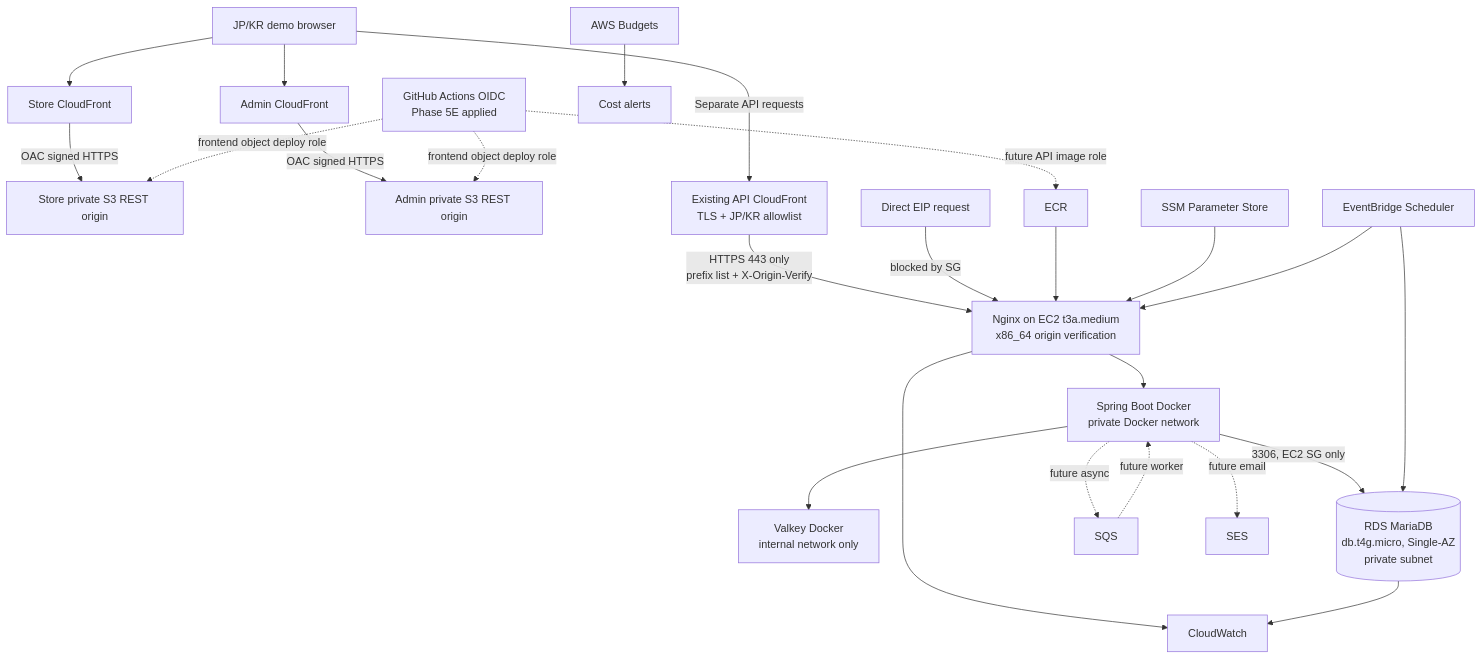
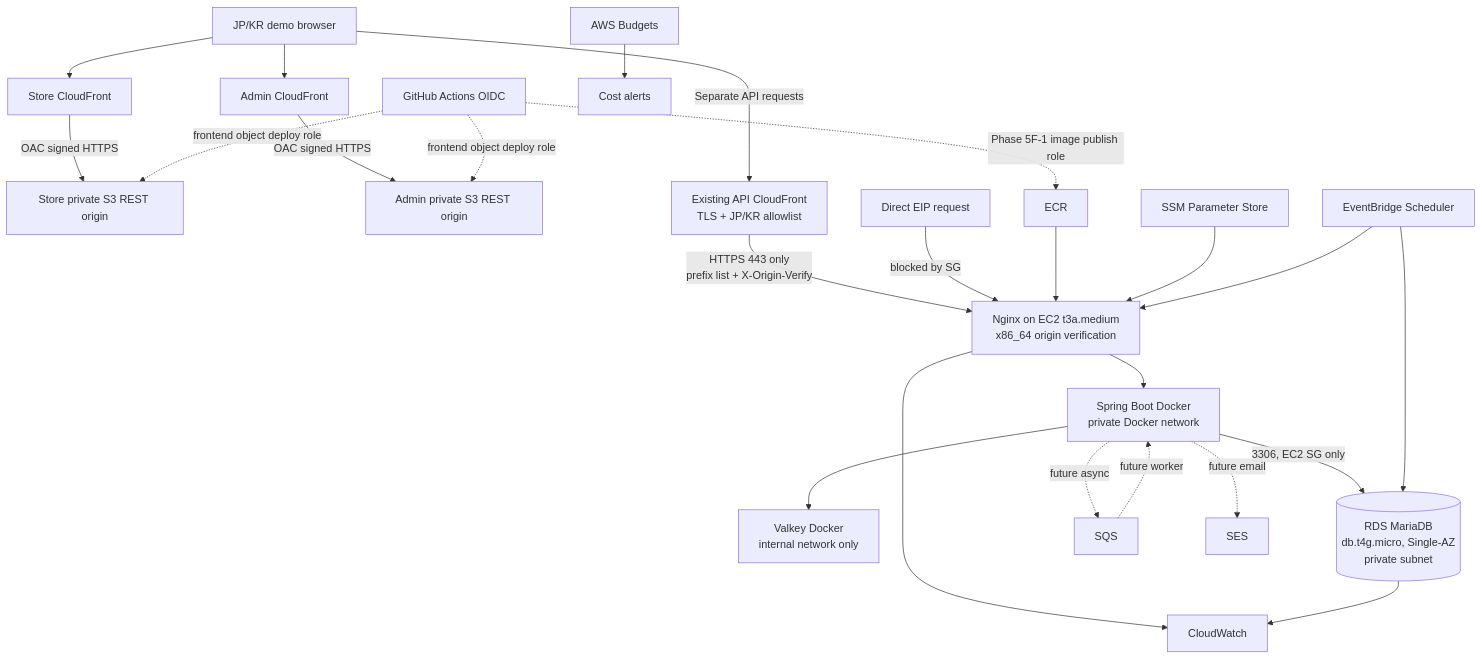
Before and after one commit to nagi4757/ec-portfolio: the diagram in docs/architecture/aws-demo.md, drawn with Mermaid. The commit also changed other lines of this file and 7 other files, not shown here.

````diff
--- a/docs/architecture/aws-demo.md
+++ b/docs/architecture/aws-demo.md
@@ -36,26 +36,26 @@
 ```mermaid
 flowchart TD
     U[JP/KR demo browser] --> STORECF[Store CloudFront]
     U --> ADMINCF[Admin CloudFront]
     STORECF -->|OAC signed HTTPS| STORES3[Store private S3 REST origin]
     ADMINCF -->|OAC signed HTTPS| ADMINS3[Admin private S3 REST origin]
     U -->|Separate API requests| CF[Existing API CloudFront<br/>TLS + JP/KR allowlist]
     CF -->|HTTPS 443 only<br/>prefix list + X-Origin-Verify| NGINX[Nginx on EC2 t3a.medium<br/>x86_64 origin verification]
     DIRECT[Direct EIP request] -- blocked by SG --> NGINX
     NGINX --> API[Spring Boot Docker<br/>private Docker network]
     API --> VALKEY[Valkey Docker<br/>internal network only]
     API -->|3306, EC2 SG only| RDS[(RDS MariaDB<br/>db.t4g.micro, Single-AZ<br/>private subnet)]
     API -.future async.-> SQS[SQS]
     SQS -.future worker.-> API
     API -.future email.-> SES[SES]
     ECR[ECR] --> NGINX
     SSM[SSM Parameter Store] --> NGINX
-    GHA[GitHub Actions OIDC<br/>Phase 5E applied] -.future API image role.-> ECR
+    GHA[GitHub Actions OIDC] -.Phase 5F-1 image publish role.-> ECR
     GHA -.frontend object deploy role.-> STORES3
     GHA -.frontend object deploy role.-> ADMINS3
     SCH[EventBridge Scheduler] --> NGINX
     SCH --> RDS
     NGINX --> CW[CloudWatch]
     RDS --> CW
     BUD[AWS Budgets] --> ALERT[Cost alerts]
 ```
````
